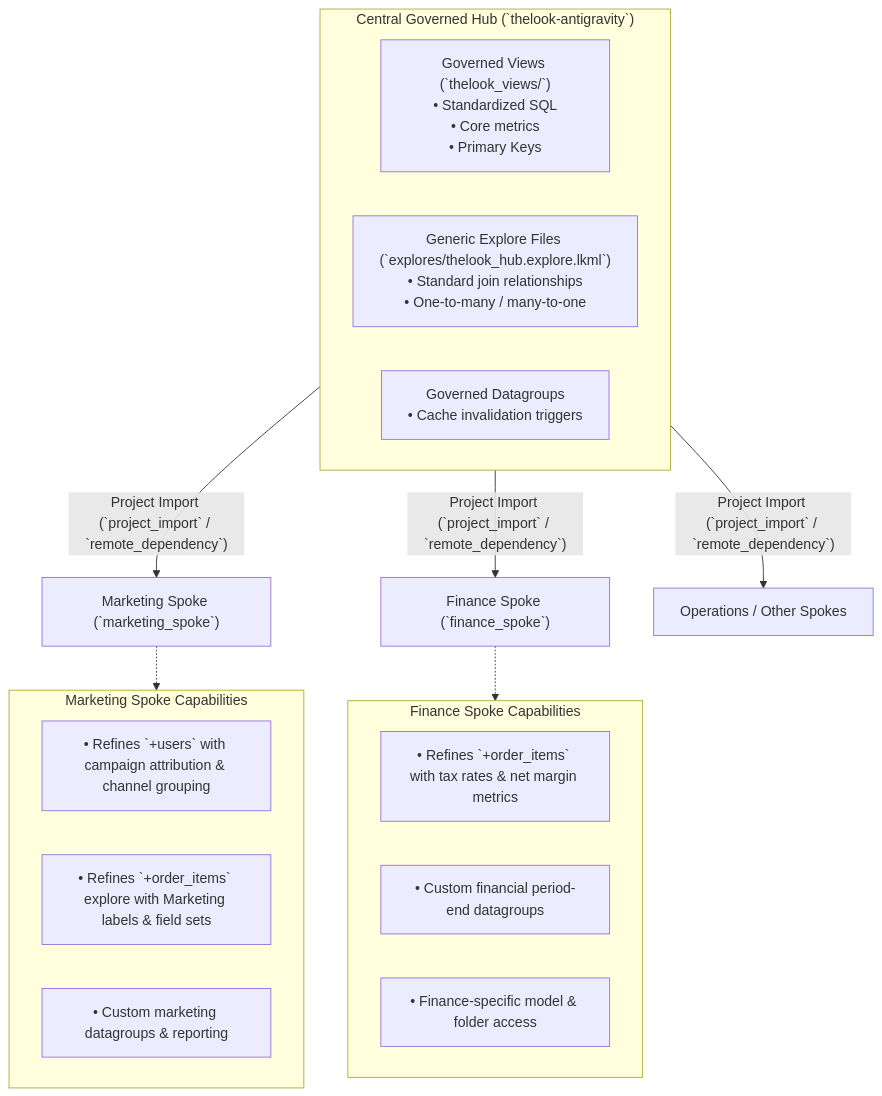
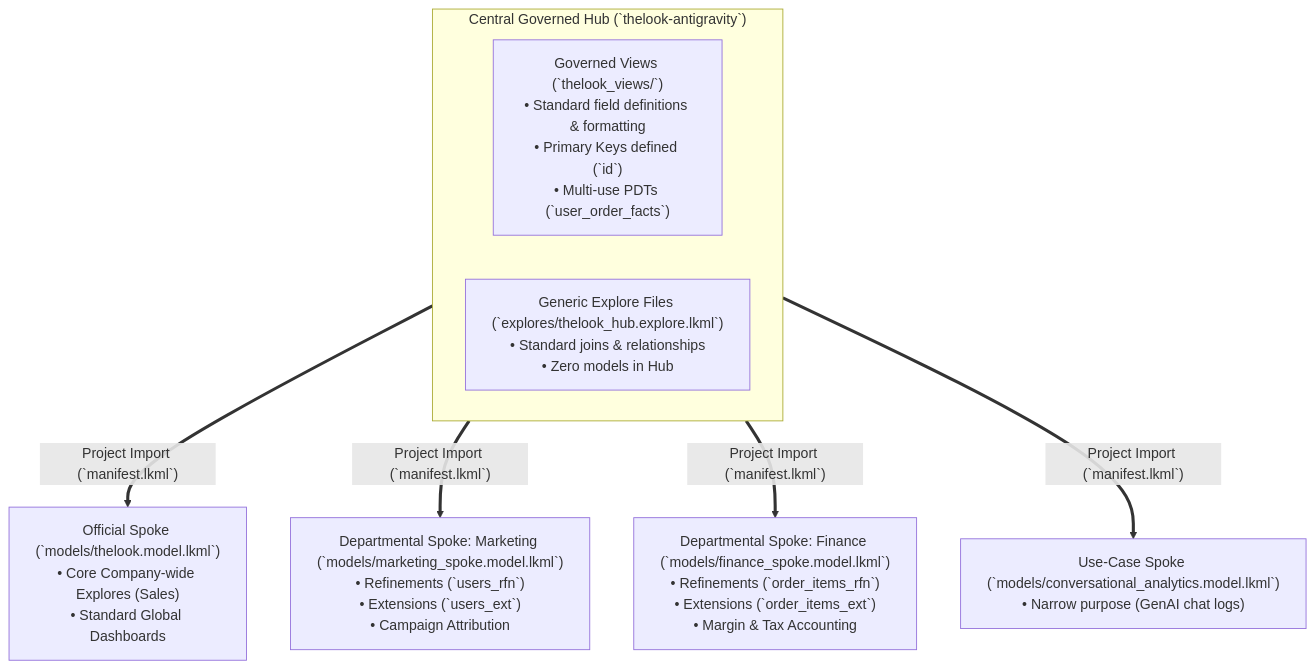
Before and after one commit to sam-pitcher/thelook-antigravity: the diagram in HUB_AND_SPOKE_DEMO.md, drawn with Mermaid. The commit also changed other lines of this file and 9 other files, not shown here.

Commit message:
feat: align Hub & Spoke implementation with Google presentation standards

````diff
--- a/HUB_AND_SPOKE_DEMO.md
+++ b/HUB_AND_SPOKE_DEMO.md
@@ -9,27 +8,12 @@
 ```mermaid
 graph TD
     subgraph Hub["Central Governed Hub (`thelook-antigravity`)"]
-        HV["Governed Views (`thelook_views/`)<br/>• Standardized SQL<br/>• Core metrics<br/>• Primary Keys"]
-        HE["Generic Explore Files (`explores/thelook_hub.explore.lkml`)<br/>• Standard join relationships<br/>• One-to-many / many-to-one"]
-        HD["Governed Datagroups<br/>• Cache invalidation triggers"]
+        HV["Governed Views (`thelook_views/`)<br/>• Standard field definitions & formatting<br/>• Primary Keys defined (`id`)<br/>• Multi-use PDTs (`user_order_facts`)"]
+        HE["Generic Explore Files (`explores/thelook_hub.explore.lkml`)<br/>• Standard joins & relationships<br/>• Zero models in Hub"]
     end
 
-    Hub -->|"Project Import (`project_import` / `remote_dependency`)"| SpokeM["Marketing Spoke (`marketing_spoke`)"]
-    Hub -->|"Project Import (`project_import` / `remote_dependency`)"| SpokeF["Finance Spoke (`finance_spoke`)"]
-    Hub -->|"Project Import (`project_import` / `remote_dependency`)"| SpokeO["Operations / Other Spokes"]
-
-    subgraph SpokeM_Detail["Marketing Spoke Capabilities"]
-        M1["• Refines `+users` with campaign attribution & channel grouping"]
-        M2["• Refines `+order_items` explore with Marketing labels & field sets"]
-        M3["• Custom marketing datagroups & reporting"]
-    end
-
-    subgraph SpokeF_Detail["Finance Spoke Capabilities"]
-        F1["• Refines `+order_items` with tax rates & net margin metrics"]
-        F2["• Custom financial period-end datagroups"]
-        F3["• Finance-specific model & folder access"]
-    end
-
-    SpokeM -.-> SpokeM_Detail
-    SpokeF -.-> SpokeF_Detail
+    Hub ==>|"Project Import (`manifest.lkml`)"| OfficialSpoke["Official Spoke (`models/thelook.model.lkml`)<br/>• Core Company-wide Explores (Sales)<br/>• Standard Global Dashboards"]
+    Hub ==>|"Project Import (`manifest.lkml`)"| DeptMarketing["Departmental Spoke: Marketing (`models/marketing_spoke.model.lkml`)<br/>• Refinements (`users_rfn`)<br/>• Extensions (`users_ext`)<br/>• Campaign Attribution"]
+    Hub ==>|"Project Import (`manifest.lkml`)"| DeptFinance["Departmental Spoke: Finance (`models/finance_spoke.model.lkml`)<br/>• Refinements (`order_items_rfn`)<br/>• Extensions (`order_items_ext`)<br/>• Margin & Tax Accounting"]
+    Hub ==>|"Project Import (`manifest.lkml`)"| UseCaseSpoke["Use-Case Spoke (`models/conversational_analytics.model.lkml`)<br/>• Narrow purpose (GenAI chat logs)"]
 ```
````
